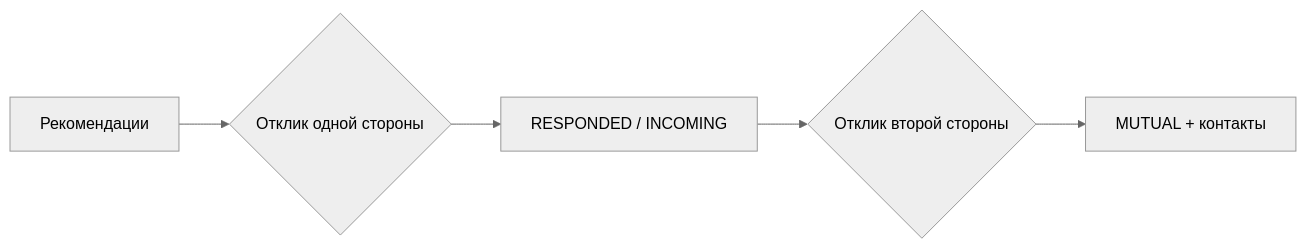
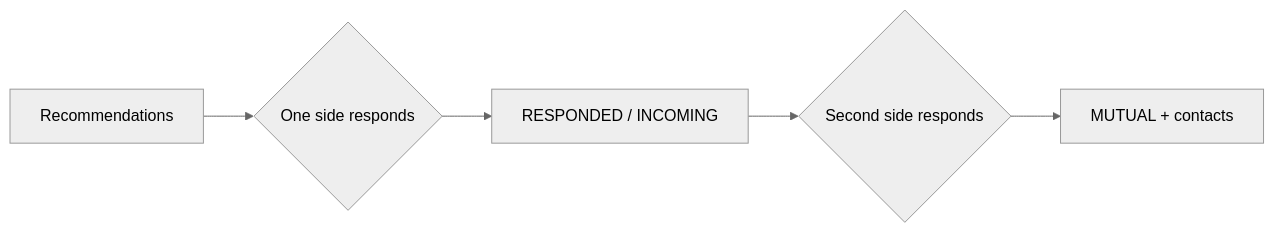
Before and after one commit to nikalezah/procrush: the second of 2 diagrams in README.md, drawn with Mermaid (neutral theme). The commit also changed other lines of this file and 40 other files, not shown here.

````diff
--- a/README.md
+++ b/README.md
@@ -73,7 +73,7 @@
 ```mermaid
 flowchart LR
-    A[Рекомендации] --> B{Отклик одной стороны}
+    A[Recommendations] --> B{One side responds}
     B --> C[RESPONDED / INCOMING]
-    C --> D{Отклик второй стороны}
-    D --> E[MUTUAL + контакты]
+    C --> D{Second side responds}
+    D --> E[MUTUAL + contacts]
 ```
````
